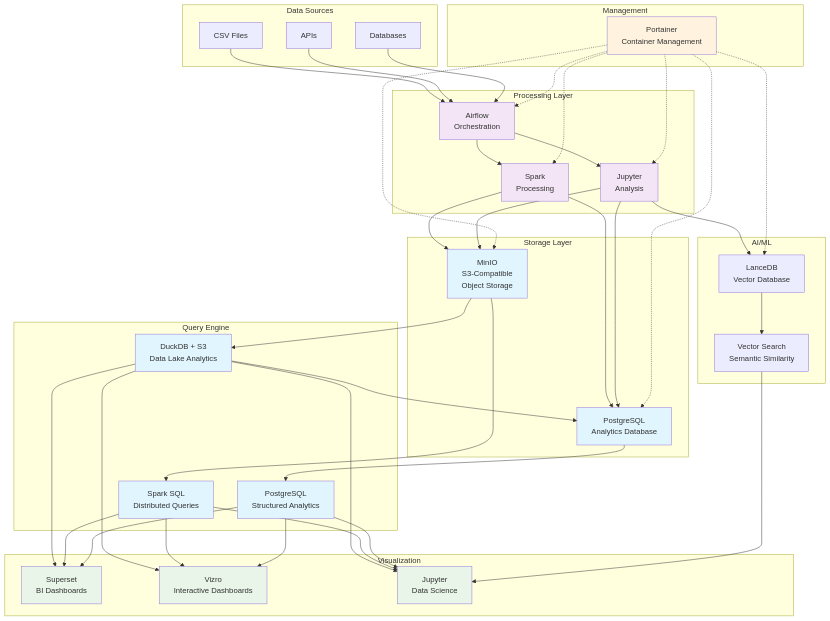
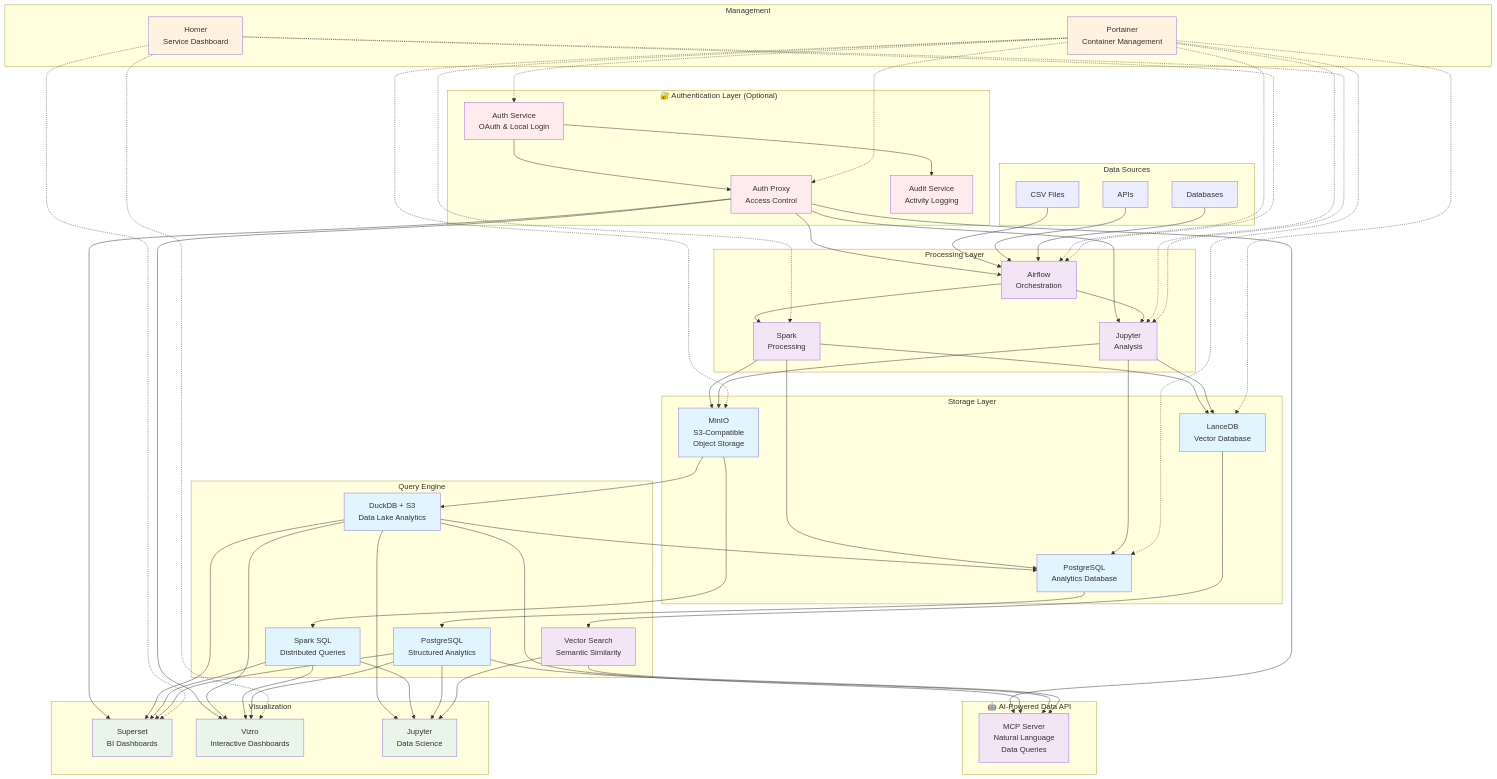
The diagram in README.md (karstom/lakehouse-lab), drawn with Mermaid before and after one commit. The commit also changed other lines of this file and 4 other files, not shown here.

````diff
--- a/README.md
+++ b/README.md
@@ -207,9 +323,19 @@
 ```mermaid
 graph TB
+    subgraph "🔐 Authentication Layer (Optional)"
+        AU[Auth Service<br/>OAuth & Local Login]
+        AP[Auth Proxy<br/>Access Control]
+        AD[Audit Service<br/>Activity Logging]
+    end
+    
     subgraph "Data Sources"
         DS1[CSV Files]
-        DS2[APIs]
+        DS2[APIs] 
         DS3[Databases]
+    end
+    
+    subgraph "🤖 AI-Powered Data API"
+        MCP[MCP Server<br/>Natural Language<br/>Data Queries]
     end
     
     subgraph "Processing Layer"
@@ -221,12 +347,14 @@
     subgraph "Storage Layer"
         MI[MinIO<br/>S3-Compatible<br/>Object Storage]
         PG[PostgreSQL<br/>Analytics Database]
+        LD[LanceDB<br/>Vector Database]
     end
     
     subgraph "Query Engine"
         DU[DuckDB + S3<br/>Data Lake Analytics]
         SS[Spark SQL<br/>Distributed Queries]
         PA[PostgreSQL<br/>Structured Analytics]
+        VS[Vector Search<br/>Semantic Similarity]
     end
     
     subgraph "Visualization"
@@ -235,15 +363,21 @@
         JD[Jupyter<br/>Data Science]
     end
     
-    subgraph "AI/ML"
-        LD[LanceDB<br/>Vector Database]
-        VS[Vector Search<br/>Semantic Similarity]
+    subgraph "Management"
+        PO[Portainer<br/>Container Management]
+        HO[Homer<br/>Service Dashboard]
     end
     
-    subgraph "Management"
-        PO[Portainer<br/>Container Management]
-    end
+    %% Authentication flows
+    AU --> AP
+    AP --> AF
+    AP --> SU
+    AP --> VZ
+    AP --> JU
+    AP --> MCP
+    AU --> AD
     
+    %% Data flows
     DS1 --> AF
     DS2 --> AF
     DS3 --> AF
@@ -251,40 +385,55 @@
     AF --> JU
     SP --> MI
     SP --> PG
+    SP --> LD
     JU --> MI
     JU --> PG
+    JU --> LD
     MI --> DU
     MI --> SS
     PG --> PA
+    LD --> VS
     DU --> SU
     DU --> VZ
     DU --> JD
+    DU --> MCP
     SS --> SU
     SS --> VZ
     SS --> JD
     PA --> SU
     PA --> VZ
     PA --> JD
+    PA --> MCP
+    VS --> JD
+    VS --> MCP
     DU --> PG
-    JU --> LD
-    LD --> VS
-    VS --> JD
+    
+    %% Management connections
     PO -.-> AF
     PO -.-> SP
     PO -.-> JU
     PO -.-> MI
     PO -.-> PG
     PO -.-> LD
+    PO -.-> AU
+    PO -.-> AP
+    HO -.-> AF
+    HO -.-> SU
+    HO -.-> VZ
+    HO -.-> JU
     
     classDef storage fill:#e1f5fe
     classDef processing fill:#f3e5f5
     classDef visualization fill:#e8f5e8
     classDef management fill:#fff3e0
+    classDef security fill:#ffebee
+    classDef ai fill:#f3e5f5
     
-    class MI,PG storage
+    class MI,PG,LD storage
     class AF,SP,JU processing
     class SU,VZ,JD visualization
-    class LD,VS aiml
-    class PO management
+    class PO,HO management
+    class AU,AP,AD security
+    class MCP,VS ai
     class DU,SS,PA storage
 ```
````
